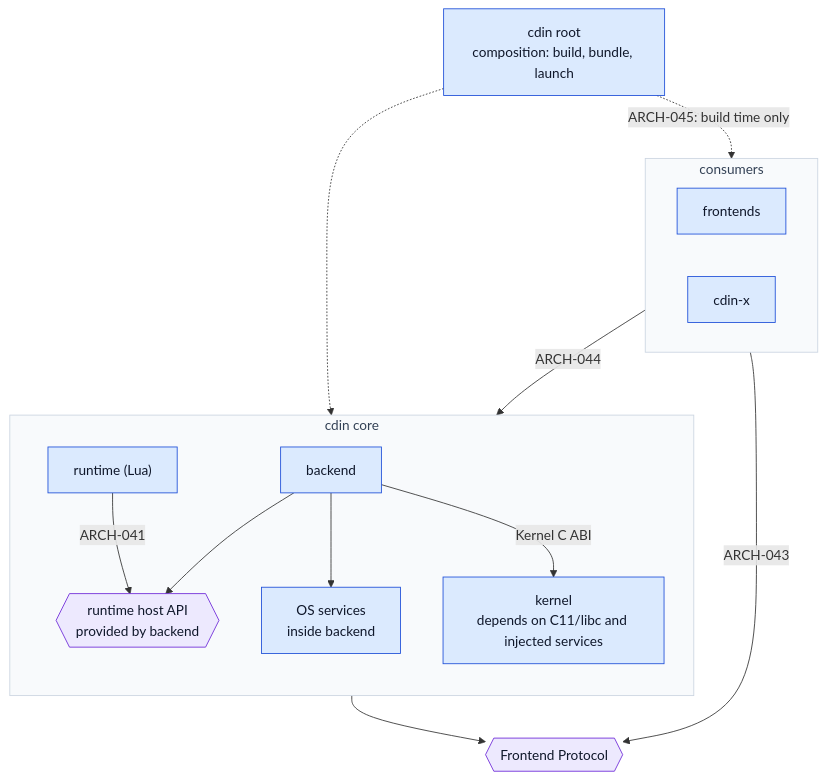
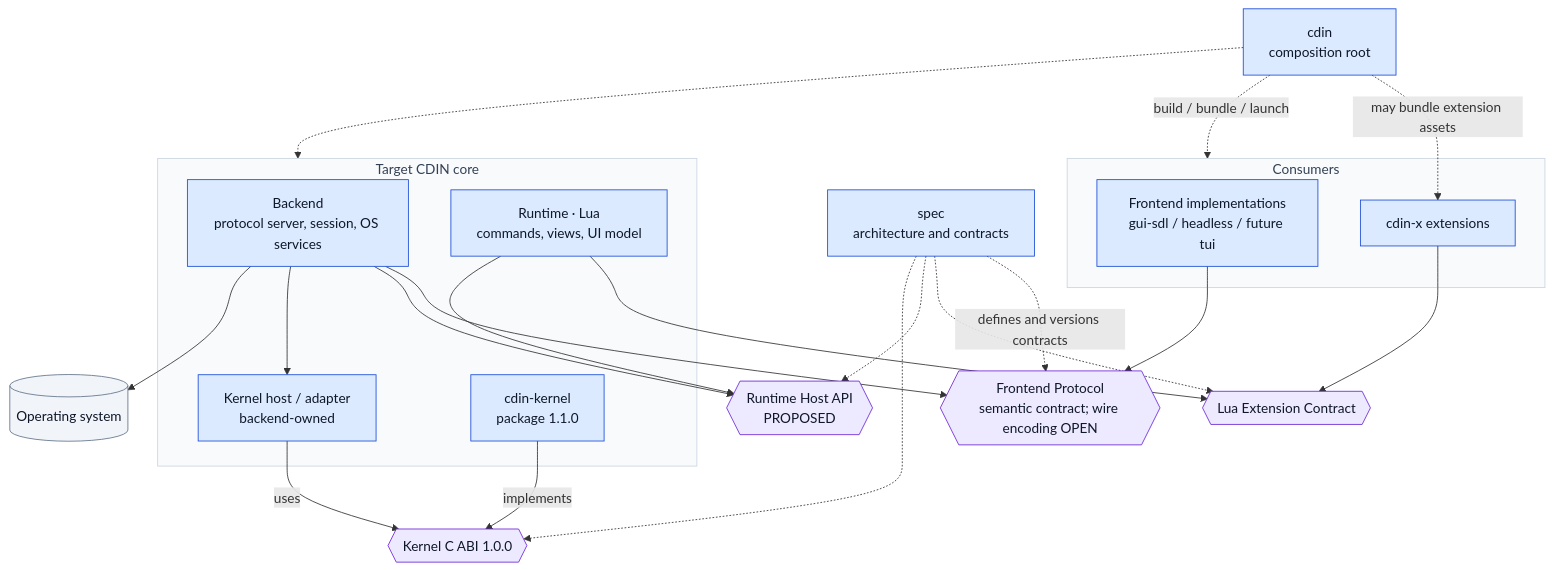
The diagram in docs/architecture/module-boundaries.md (cdin-editor/spec), drawn with Mermaid before and after one commit. The commit also changed other lines of this file and 19 other files, not shown here.

````diff
--- a/docs/architecture/module-boundaries.md
+++ b/docs/architecture/module-boundaries.md
@@ -7,34 +9,51 @@
 ```mermaid
 flowchart TB
-    ROOT["cdin root<br/>composition: build, bundle, launch"]
-    subgraph TOP["consumers"]
-        direction LR
-        FE["frontends"]
-        X["cdin-x"]
-    end
-    PROTO{{"Frontend Protocol"}}
-    subgraph CORE["cdin core"]
-        direction TB
-        RT["runtime (Lua)"]
-        RTH{{"runtime host API<br/>provided by backend"}}
-        BE["backend"]
-        OSS["OS services<br/>inside backend"]
-        K["kernel<br/>depends on C11/libc and injected services"]
+    ROOT["cdin<br/>composition root"]
+    SPEC["spec<br/>architecture and contracts"]
+
+    subgraph CONSUMERS["Consumers"]
+        FE["Frontend implementations<br/>gui-sdl / headless / future tui"]
+        X["cdin-x extensions"]
     end
 
-    ROOT -. "ARCH-045: build time only" .-> TOP
+    FP{{"Frontend Protocol<br/>semantic contract; wire encoding OPEN"}}
+    EXT{{"Lua Extension Contract"}}
+    RHA{{"Runtime Host API<br/>PROPOSED"}}
+    ABI{{"Kernel C ABI 1.0.0"}}
+
+    subgraph CORE["Target CDIN core"]
+        BE["Backend<br/>protocol server, session, OS services"]
+        RT["Runtime · Lua<br/>commands, views, UI model"]
+        KH["Kernel host / adapter<br/>backend-owned"]
+        K["cdin-kernel<br/>package 1.1.0"]
+    end
+    OS[("Operating system")]
+
+    FE --> FP
+    BE --> FP
+    X --> EXT
+    RT --> EXT
+    RT --> RHA
+    BE --> RHA
+    BE --> KH
+    KH -- "uses" --> ABI
+    K -- "implements" --> ABI
+    BE --> OS
+
+    ROOT -. "build / bundle / launch" .-> CONSUMERS
     ROOT -.-> CORE
-    FE -- "ARCH-043" --> PROTO
-    BE --> PROTO
-    X -- "ARCH-044" --> RT
-    RT -- "ARCH-041" --> RTH
-    BE --> RTH
-    BE --> OSS
-    BE -- "Kernel C ABI" --> K
+    ROOT -. "may bundle extension assets" .-> X
+    SPEC -. "defines and versions contracts" .-> FP
+    SPEC -.-> EXT
+    SPEC -.-> RHA
+    SPEC -.-> ABI
+
     classDef comp fill:#dbeafe,stroke:#1d4ed8,color:#0f172a
     classDef contract fill:#ede9fe,stroke:#6d28d9,color:#0f172a
+    classDef external fill:#f1f5f9,stroke:#64748b,color:#0f172a
     classDef group fill:#f8fafc,stroke:#cbd5e1,color:#334155
-    class BE,FE,K,OSS,ROOT,RT,X comp
-    class PROTO,RTH contract
-    class CORE,TOP group
+    class ROOT,SPEC,FE,X,BE,RT,KH,K comp
+    class FP,EXT,RHA,ABI contract
+    class OS external
+    class CORE,CONSUMERS group
 ```
````
